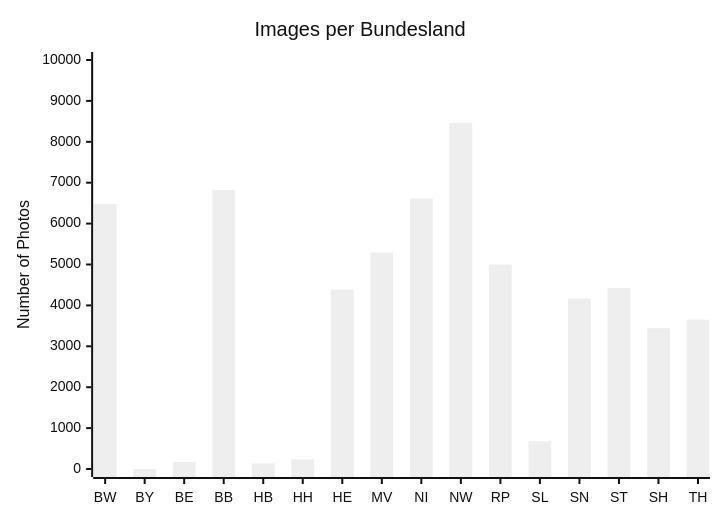
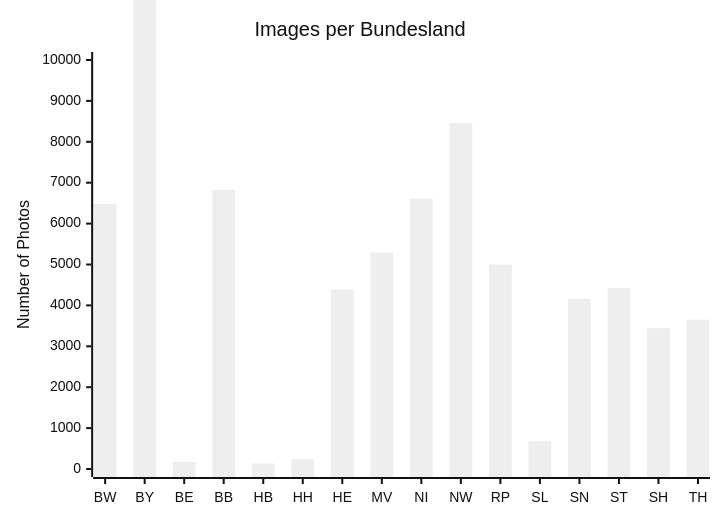
Before and after one commit to marcowaldi/square_germany: the fourth of 4 diagrams in README.md, drawn with Mermaid (neutral theme). The commit also changed other lines of this file, not shown here.

````diff
--- a/README.md
+++ b/README.md
@@ -158,7 +158,7 @@
 ```mermaid
 xychart-beta
     title "Images per Bundesland"
     x-axis ["BW", "BY", "BE", "BB", "HB", "HH", "HE", "MV", "NI", "NW", "RP", "SL", "SN", "ST", "SH", "TH"]
     y-axis "Number of Photos" 0 --> 10000
-    bar [6480, 0, 171, 6824, 135, 238, 4388, 5293, 6611, 8459, 5000, 678, 4165, 4425, 3442, 3650]
+    bar [6480, 21160, 171, 6824, 135, 238, 4388, 5293, 6611, 8459, 5000, 678, 4165, 4425, 3442, 3650]
 ```
````
